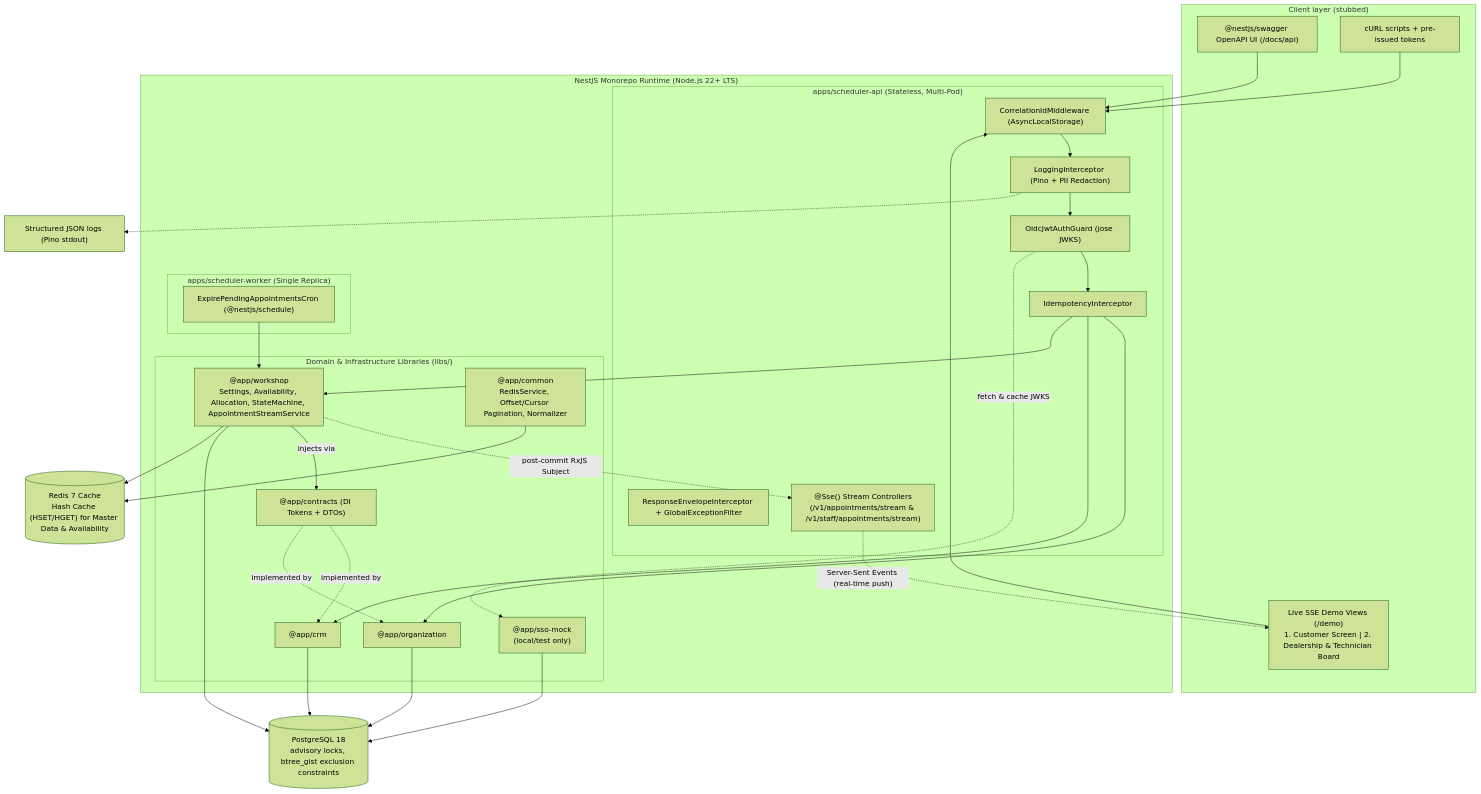
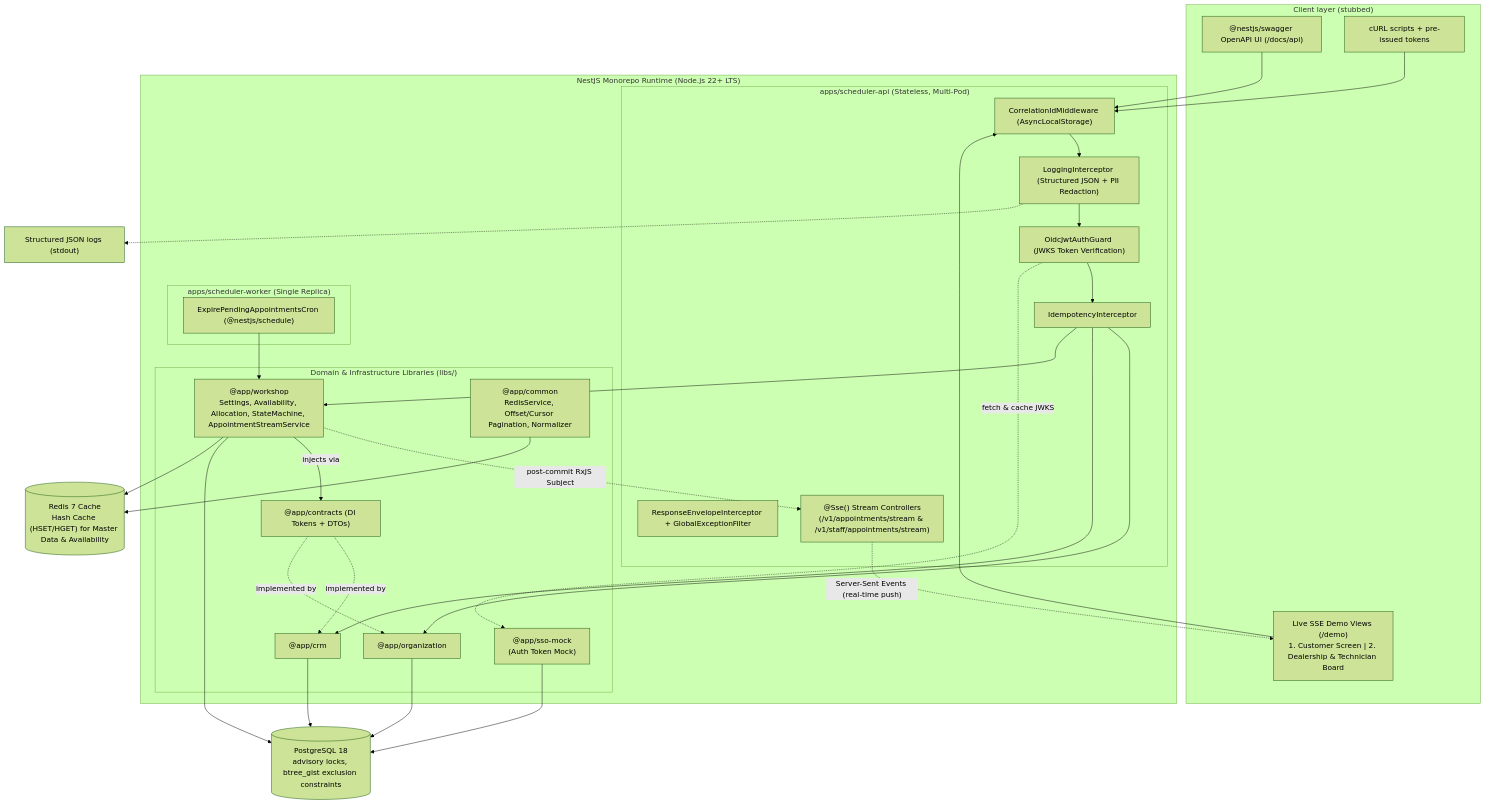
Before and after one commit to anhkhuong1306/the-unified-service-scheduler: the first of 8 diagrams in SYSTEM_DESIGN.md, drawn with Mermaid (forest theme). The commit also changed other lines of this file and 16 other files, not shown here.

````diff
--- a/SYSTEM_DESIGN.md
+++ b/SYSTEM_DESIGN.md
@@ -191,58 +196,58 @@
 ```mermaid
 flowchart TB
     subgraph Client["Client layer (stubbed)"]
         OAS["@nestjs/swagger OpenAPI UI (/docs/api)"]
         DEMO["Live SSE Demo Views (/demo)<br/>1. Customer Screen | 2. Dealership & Technician Board"]
         CURL["cURL scripts + pre-issued tokens"]
     end
 
     subgraph Monorepo["NestJS Monorepo Runtime (Node.js 22+ LTS)"]
         subgraph APIApp["apps/scheduler-api (Stateless, Multi-Pod)"]
             MW1["CorrelationIdMiddleware (AsyncLocalStorage)"]
-            MW2["LoggingInterceptor (Pino + PII Redaction)"]
-            MW3["OidcJwtAuthGuard (jose JWKS)"]
+            MW2["LoggingInterceptor (Structured JSON + PII Redaction)"]
+            MW3["OidcJwtAuthGuard (JWKS Token Verification)"]
             MW4["IdempotencyInterceptor"]
             RESP["ResponseEnvelopeInterceptor + GlobalExceptionFilter"]
             SSE["@Sse() Stream Controllers<br/>(/v1/appointments/stream & /v1/staff/appointments/stream)"]
         end
 
         subgraph WorkerApp["apps/scheduler-worker (Single Replica)"]
             CRON["ExpirePendingAppointmentsCron (@nestjs/schedule)"]
         end
 
         subgraph Libs["Domain & Infrastructure Libraries (libs/)"]
-            SSO["@app/sso-mock<br/>(local/test only)"]
+            SSO["@app/sso-mock<br/>(Auth Token Mock)"]
             ORG["@app/organization"]
             CRM["@app/crm"]
             WS["@app/workshop<br/>Settings, Availability, Allocation, StateMachine, AppointmentStreamService"]
             CONTRACTS["@app/contracts (DI Tokens + DTOs)"]
             COMMON["@app/common<br/>RedisService, Offset/Cursor Pagination, Normalizer"]
         end
     end
 
     PG[("PostgreSQL 18<br/>advisory locks, btree_gist exclusion constraints")]
     REDIS[("Redis 7 Cache<br/>Hash Cache (HSET/HGET) for Master Data & Availability")]
-    LOG["Structured JSON logs (Pino stdout)"]
+    LOG["Structured JSON logs (stdout)"]
 
     OAS --> MW1
     DEMO --> MW1
     SSE -. "Server-Sent Events (real-time push)" .-> DEMO
     WS -. "post-commit RxJS Subject" .-> SSE
     CURL --> MW1
     MW1 --> MW2 --> MW3 --> MW4
     MW4 --> ORG
     MW4 --> CRM
     MW4 --> WS
     MW3 -. "fetch & cache JWKS" .-> SSO
     WS -- "injects via" --> CONTRACTS
     CONTRACTS -. "implemented by" .-> CRM
     CONTRACTS -. "implemented by" .-> ORG
     CRON --> WS
     SSO --> PG
     ORG --> PG
     CRM --> PG
     WS --> PG
     WS --> REDIS
     COMMON --> REDIS
     MW2 -.-> LOG
 ```
````
